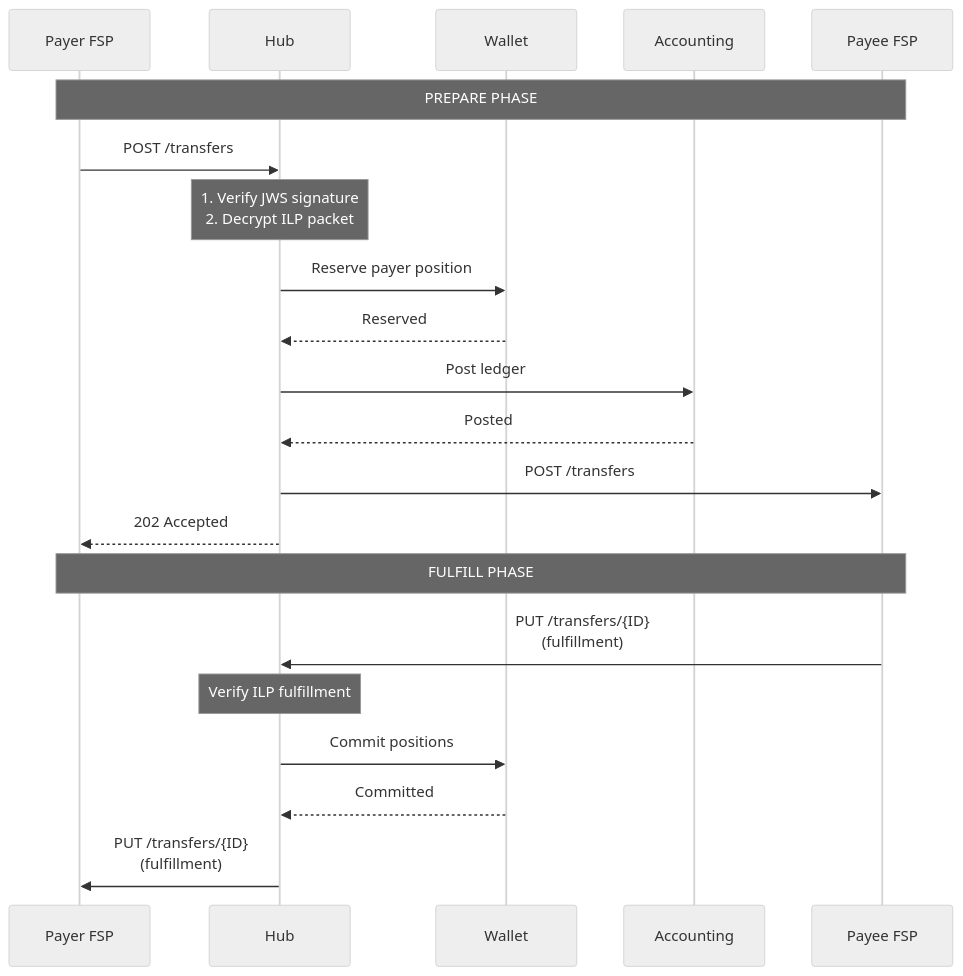
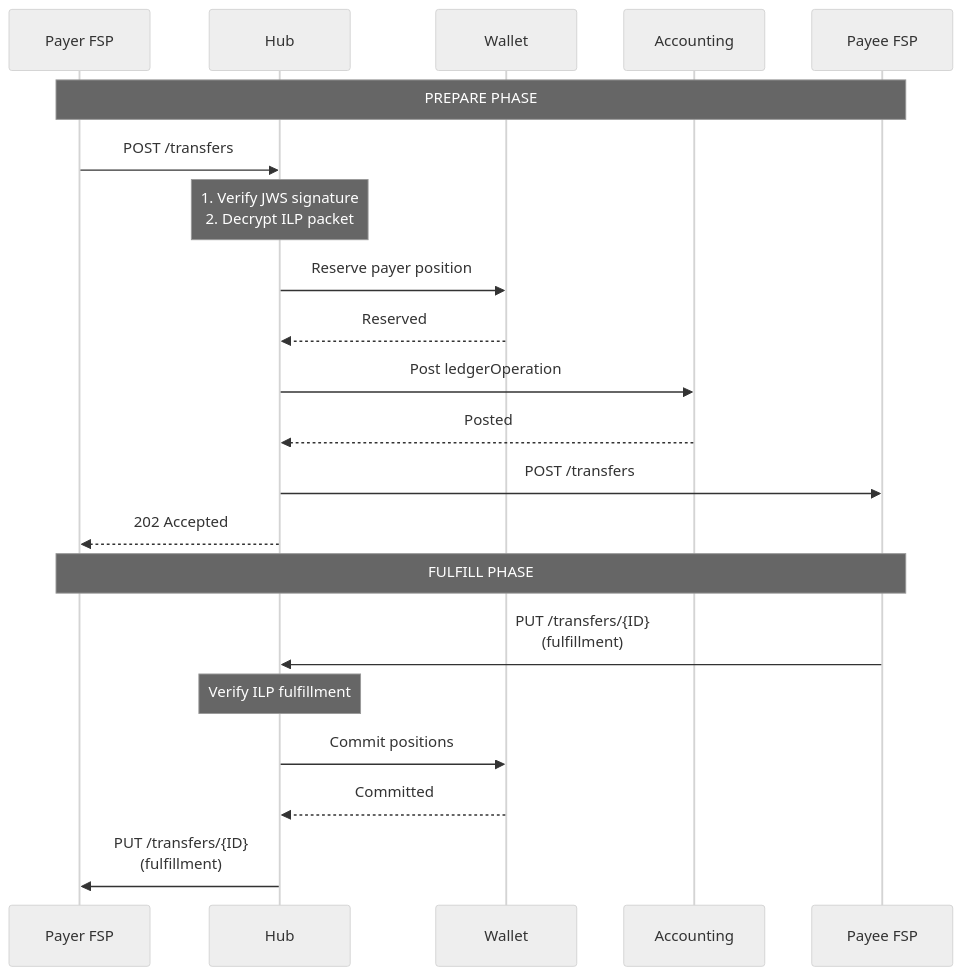
One commit to aungthawaye/mojave changed the third of 3 diagrams in docs/product/04-payment-specifications/fspiop-v2-implementation.md. Above: the diagram before and after it, drawn with Mermaid (neutral theme). The commit also changed 342 other files, not shown here.

````diff
--- a/docs/product/04-payment-specifications/fspiop-v2-implementation.md
+++ b/docs/product/04-payment-specifications/fspiop-v2-implementation.md
@@ -201,27 +201,27 @@
 ```mermaid
 sequenceDiagram
     participant Payer FSP
     participant Hub
     participant Wallet
     participant Accounting
     participant Payee FSP
 
     Note over Payer FSP,Payee FSP: PREPARE PHASE
 
     Payer FSP->>Hub: POST /transfers
     Note over Hub: 1. Verify JWS signature<br/>2. Decrypt ILP packet
     Hub->>Wallet: Reserve payer position
     Wallet-->>Hub: Reserved
-    Hub->>Accounting: Post ledger
+    Hub->>Accounting: Post ledgerOperation
     Accounting-->>Hub: Posted
     Hub->>Payee FSP: POST /transfers
     Hub-->>Payer FSP: 202 Accepted
 
     Note over Payer FSP,Payee FSP: FULFILL PHASE
 
     Payee FSP->>Hub: PUT /transfers/{ID}<br/>(fulfillment)
     Note over Hub: Verify ILP fulfillment
     Hub->>Wallet: Commit positions
     Wallet-->>Hub: Committed
     Hub->>Payer FSP: PUT /transfers/{ID}<br/>(fulfillment)
 ```
````
